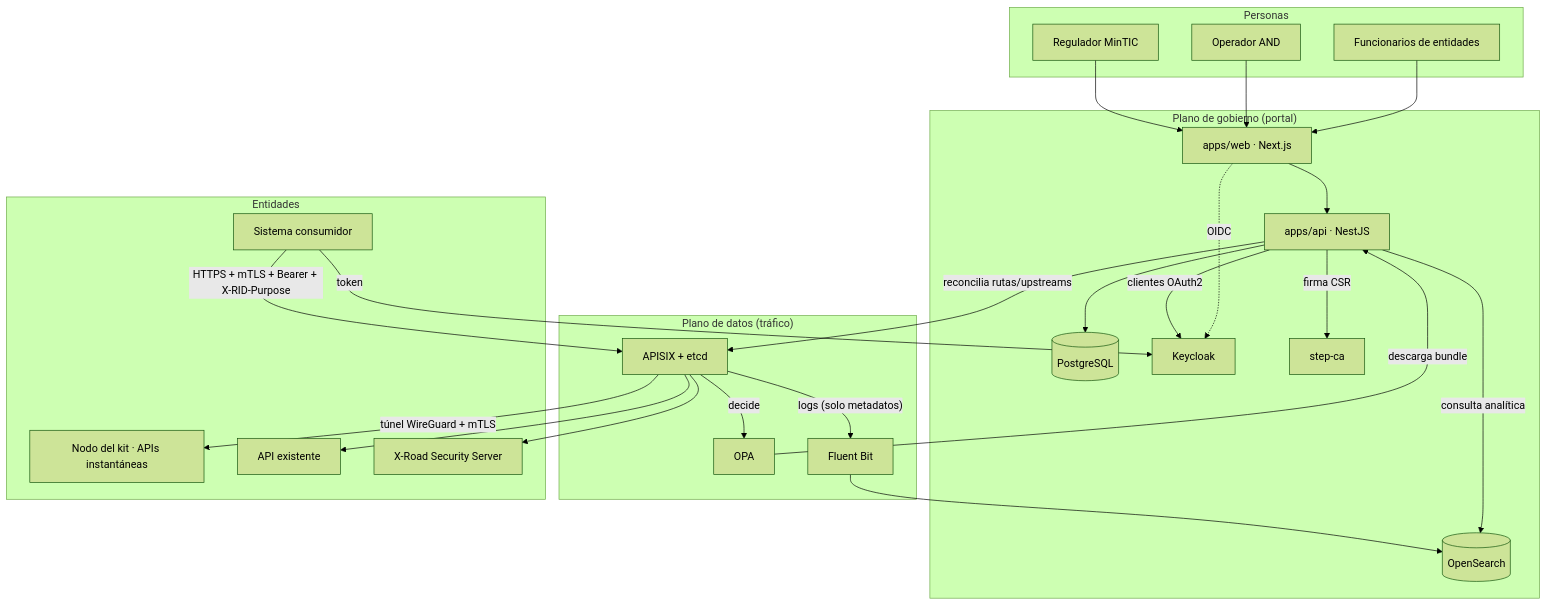
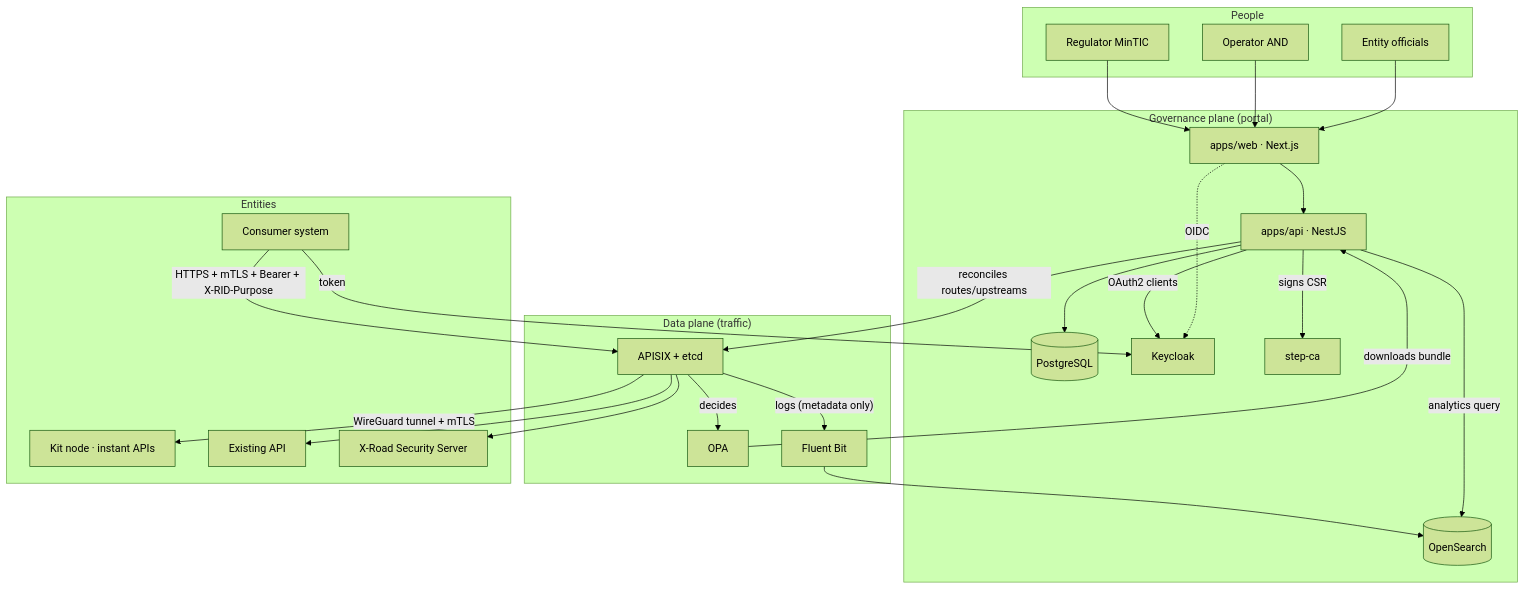
One commit to centre-for-dpi/data-exchange-admin-portal changed the first of 2 diagrams in docs/ARCHITECTURE.md. Above: the diagram before and after it, drawn with Mermaid (forest theme). The commit also changed other lines of this file and 40 other files, not shown here.

````diff
--- a/docs/ARCHITECTURE.md
+++ b/docs/ARCHITECTURE.md
@@ -7,41 +9,41 @@
 ```mermaid
 flowchart TB
-  subgraph Personas
-    U1[Funcionarios de entidades]
-    U2[Operador AND]
-    U3[Regulador MinTIC]
+  subgraph People
+    U1[Entity officials]
+    U2[Operator AND]
+    U3[Regulator MinTIC]
   end
-  subgraph Plano_de_gobierno["Plano de gobierno (portal)"]
+  subgraph Governance_plane["Governance plane (portal)"]
     WEB[apps/web · Next.js]
     API[apps/api · NestJS]
     PG[(PostgreSQL)]
     KC[Keycloak]
     CA[step-ca]
     OS[(OpenSearch)]
   end
-  subgraph Plano_de_datos["Plano de datos (tráfico)"]
+  subgraph Data_plane["Data plane (traffic)"]
     GW[APISIX + etcd]
     OPA[OPA]
     FB[Fluent Bit]
   end
-  subgraph Entidades
-    C[Sistema consumidor]
-    N1[Nodo del kit · APIs instantáneas]
-    D1[API existente]
+  subgraph Entities
+    C[Consumer system]
+    N1[Kit node · instant APIs]
+    D1[Existing API]
     XR[X-Road Security Server]
   end
   U1 & U2 & U3 --> WEB --> API --> PG
   WEB -. OIDC .-> KC
-  API -- reconcilia rutas/upstreams --> GW
-  API -- clientes OAuth2 --> KC
-  API -- firma CSR --> CA
-  OPA -- descarga bundle --> API
-  API -- consulta analítica --> OS
+  API -- reconciles routes/upstreams --> GW
+  API -- OAuth2 clients --> KC
+  API -- signs CSR --> CA
+  OPA -- downloads bundle --> API
+  API -- analytics query --> OS
   C -- token --> KC
   C -- "HTTPS + mTLS + Bearer + X-RID-Purpose" --> GW
-  GW -- decide --> OPA
-  GW -- túnel WireGuard + mTLS --> N1
+  GW -- decides --> OPA
+  GW -- WireGuard tunnel + mTLS --> N1
   GW --> D1
   GW --> XR
-  GW -- logs (solo metadatos) --> FB --> OS
+  GW -- logs (metadata only) --> FB --> OS
 ```
````
